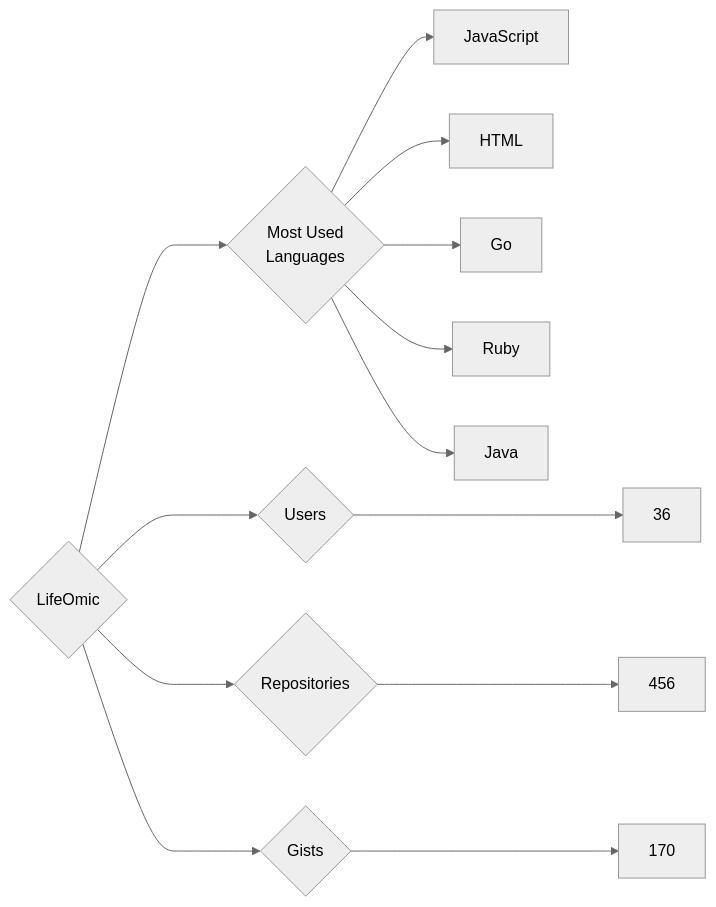
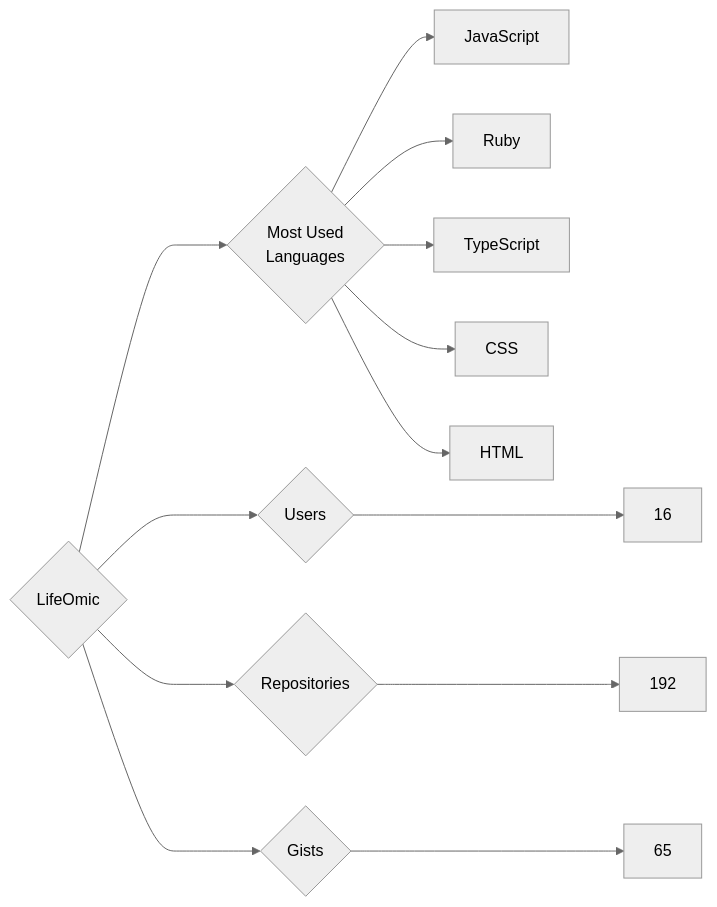
Before and after one commit to trickest/insiders: the diagram in targets/LifeOmic/README.md, drawn with Mermaid (neutral theme). The commit also changed 1696 other files, not shown here.

````diff
--- a/targets/LifeOmic/README.md
+++ b/targets/LifeOmic/README.md
@@ -3,13 +3,13 @@
 ```mermaid
 graph LR
 COMPANY_NAME{LifeOmic}
-COMPANY_NAME ---> U{Users} ---> UN[36]
-COMPANY_NAME ---> R{Repositories} ---> RN[456]
-COMPANY_NAME ---> G{Gists} ---> GN[170]
+COMPANY_NAME ---> U{Users} ---> UN[16]
+COMPANY_NAME ---> R{Repositories} ---> RN[192]
+COMPANY_NAME ---> G{Gists} ---> GN[65]
 COMPANY_NAME ---> ML{Most Used<br>Languages}
 ML --> JavaScript[JavaScript]
+ML --> Ruby[Ruby]
+ML --> TypeScript[TypeScript]
+ML --> CSS[CSS]
 ML --> HTML[HTML]
-ML --> Go[Go]
-ML --> Ruby[Ruby]
-ML --> Java[Java]
 ```
````
